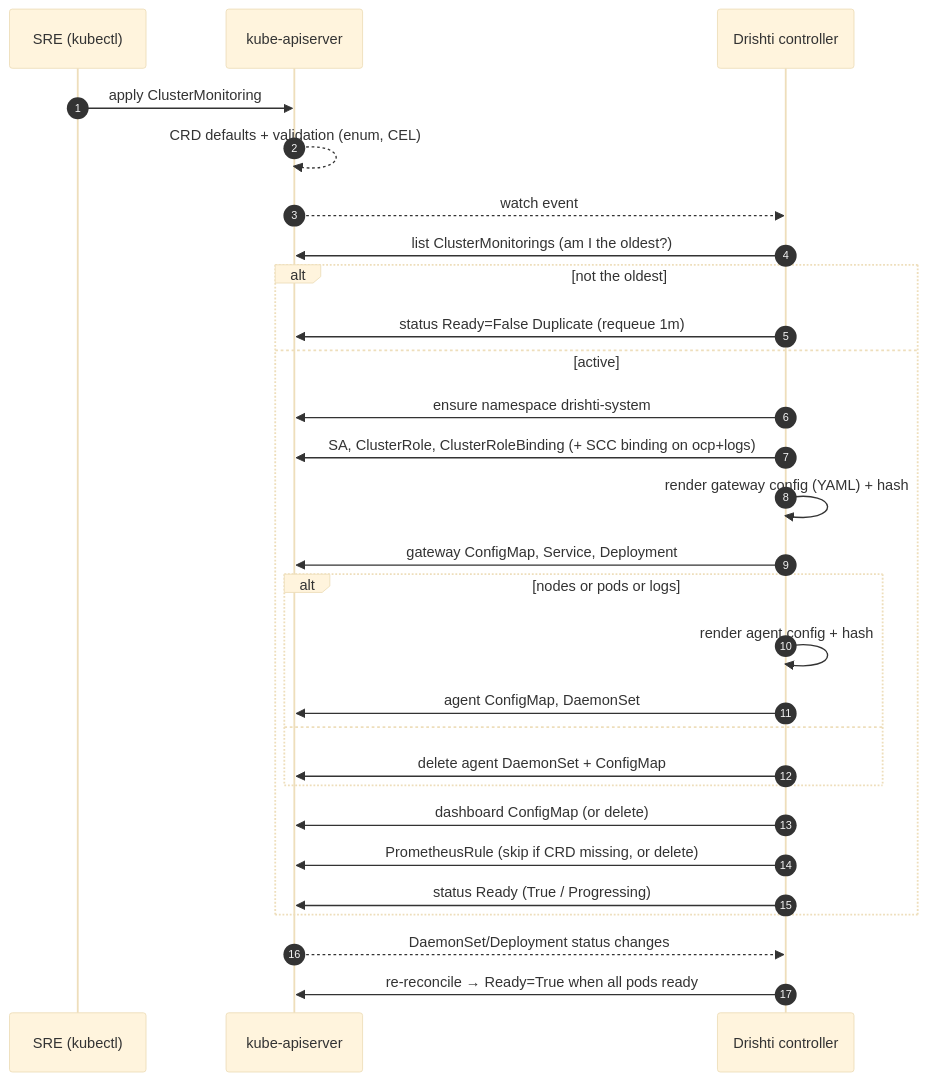
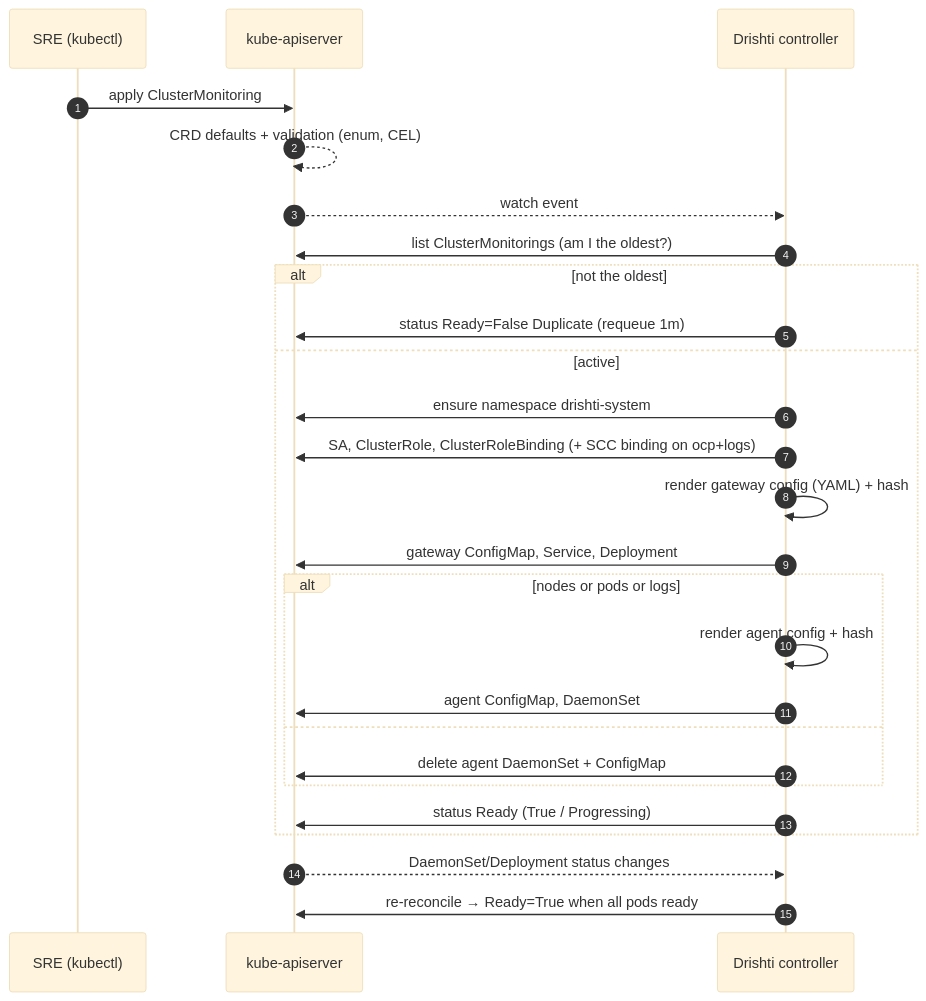
One commit to rupamjbordoloi/kubernetes-operator changed the second of 2 diagrams in README.md. Above: the diagram before and after it, drawn with Mermaid (base theme). The commit also changed other lines of this file and 14 other files, not shown here.

````diff
--- a/README.md
+++ b/README.md
@@ -469,30 +432,28 @@
 ```mermaid
 sequenceDiagram
   autonumber
   participant U as SRE (kubectl)
   participant A as kube-apiserver
   participant C as Drishti controller
   U->>A: apply ClusterMonitoring
   A-->>A: CRD defaults + validation (enum, CEL)
   A-->>C: watch event
   C->>A: list ClusterMonitorings (am I the oldest?)
   alt not the oldest
     C->>A: status Ready=False Duplicate (requeue 1m)
   else active
     C->>A: ensure namespace drishti-system
     C->>A: SA, ClusterRole, ClusterRoleBinding (+ SCC binding on ocp+logs)
     C->>C: render gateway config (YAML) + hash
     C->>A: gateway ConfigMap, Service, Deployment
     alt nodes or pods or logs
       C->>C: render agent config + hash
       C->>A: agent ConfigMap, DaemonSet
     else
       C->>A: delete agent DaemonSet + ConfigMap
     end
-    C->>A: dashboard ConfigMap (or delete)
-    C->>A: PrometheusRule (skip if CRD missing, or delete)
     C->>A: status Ready (True / Progressing)
   end
   A-->>C: DaemonSet/Deployment status changes
   C->>A: re-reconcile → Ready=True when all pods ready
 ```
````
